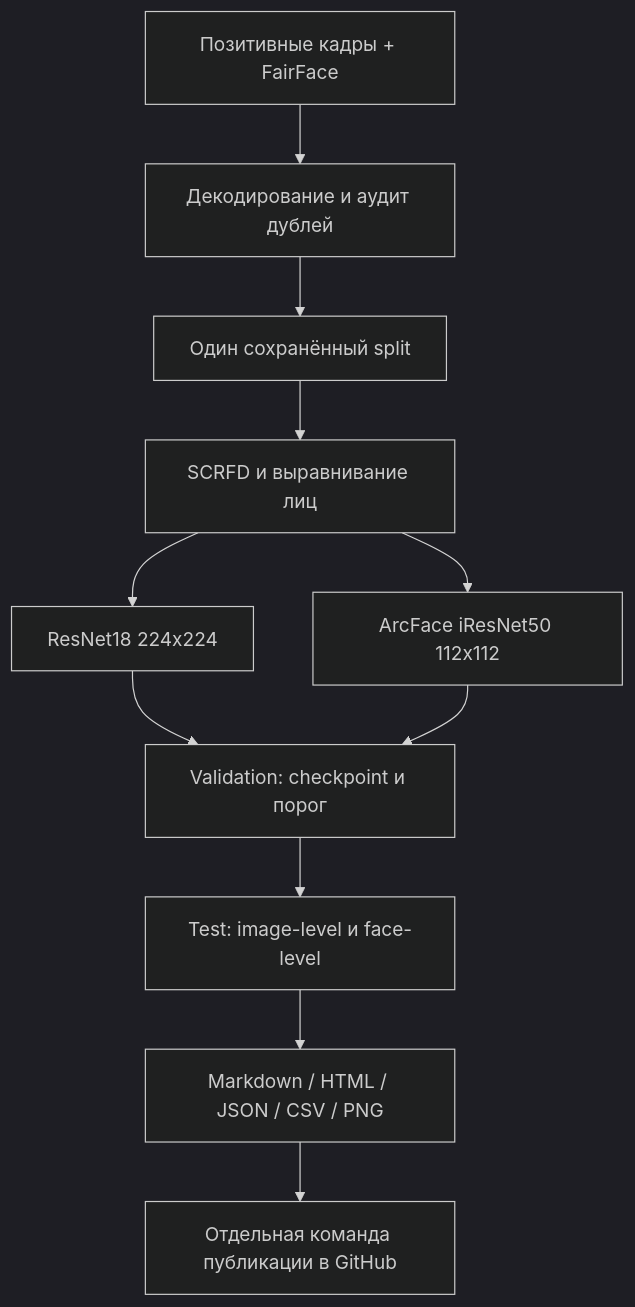
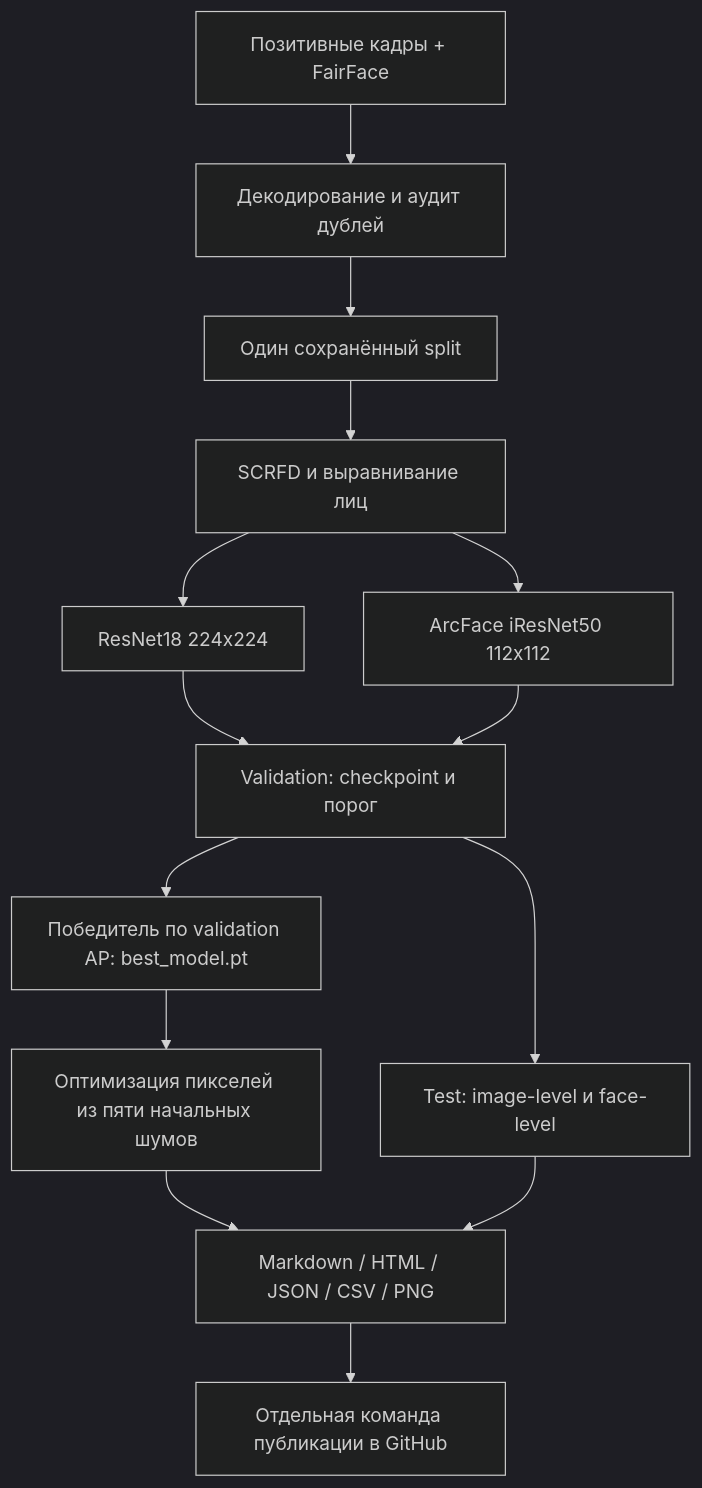
The diagram in outputs/architecture.md (nikitiva0/Sokolov-s-Classifier), drawn with Mermaid (dark theme) before and after one commit. The commit also changed other lines of this file and 11 other files, not shown here.

Commit message:
Generate Sokolov images from the best validation checkpoint

````diff
--- a/outputs/architecture.md
+++ b/outputs/architecture.md
@@ -5,13 +5,16 @@
 ```mermaid
 flowchart TD
     A[Позитивные кадры + FairFace] --> B[Декодирование и аудит дублей]
     B --> C[Один сохранённый split]
     C --> D[SCRFD и выравнивание лиц]
     D --> E[ResNet18 224x224]
     D --> F[ArcFace iResNet50 112x112]
     E --> G[Validation: checkpoint и порог]
     F --> G
     G --> H[Test: image-level и face-level]
-    H --> I[Markdown / HTML / JSON / CSV / PNG]
+    G --> W[Победитель по validation AP: best_model.pt]
+    W --> S[Оптимизация пикселей из пяти начальных шумов]
+    S --> I[Markdown / HTML / JSON / CSV / PNG]
+    H --> I
     I --> J[Отдельная команда публикации в GitHub]
 ```
````
